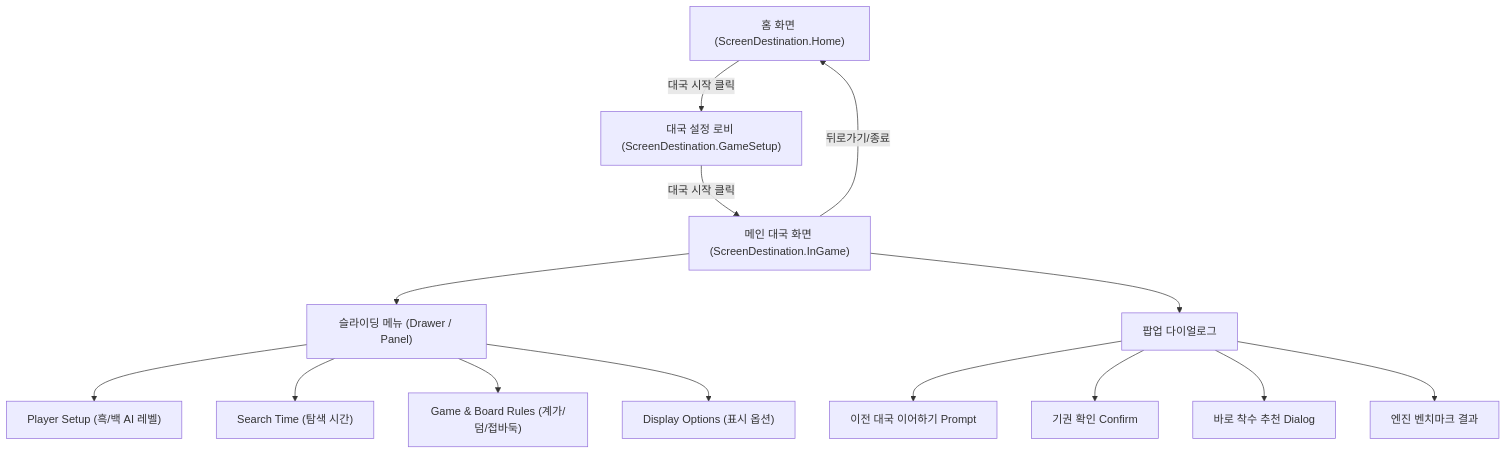
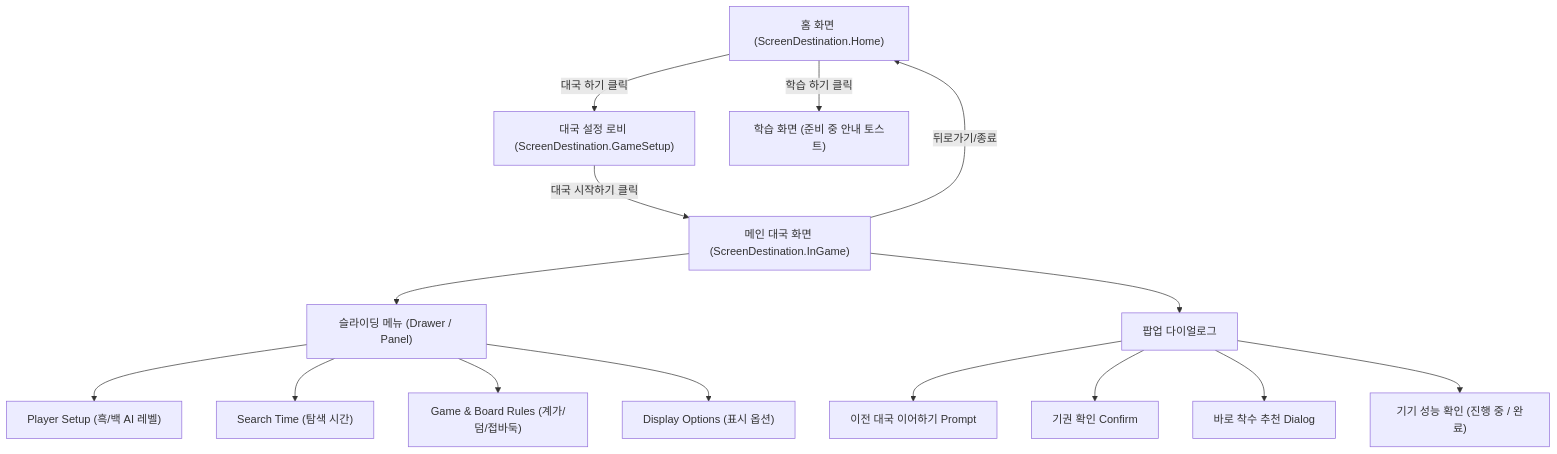
Before and after one commit to flitsky/go-ai-coach-app: the diagram in docs/APP_IA_AND_UI_SPEC.md, drawn with Mermaid. The commit also changed other lines of this file, not shown here.

````diff
--- a/docs/APP_IA_AND_UI_SPEC.md
+++ b/docs/APP_IA_AND_UI_SPEC.md
@@ -11,18 +11,19 @@
 ```mermaid
 graph TD
-    A["홈 화면 (ScreenDestination.Home)"] -->|"대국 시작 클릭"| B["대국 설정 로비 (ScreenDestination.GameSetup)"]
-    B -->|"대국 시작 클릭"| C["메인 대국 화면 (ScreenDestination.InGame)"]
+    A["홈 화면 (ScreenDestination.Home)"] -->|"대국 하기 클릭"| B["대국 설정 로비 (ScreenDestination.GameSetup)"]
+    A -->|"학습 하기 클릭"| F["학습 화면 (준비 중 안내 토스트)"]
+    B -->|"대국 시작하기 클릭"| C["메인 대국 화면 (ScreenDestination.InGame)"]
     C -->|"뒤로가기/종료"| A
     
     C --> D["슬라이딩 메뉴 (Drawer / Panel)"]
     D --> D1["Player Setup (흑/백 AI 레벨)"]
     D --> D2["Search Time (탐색 시간)"]
     D --> D3["Game & Board Rules (계가/덤/접바둑)"]
     D --> D4["Display Options (표시 옵션)"]
 
     C --> E["팝업 다이얼로그"]
     E --> E1["이전 대국 이어하기 Prompt"]
     E --> E2["기권 확인 Confirm"]
     E --> E3["바로 착수 추천 Dialog"]
-    E --> E4["엔진 벤치마크 결과"]
+    E --> E4["기기 성능 확인 (진행 중 / 완료)"]
 ```
````
